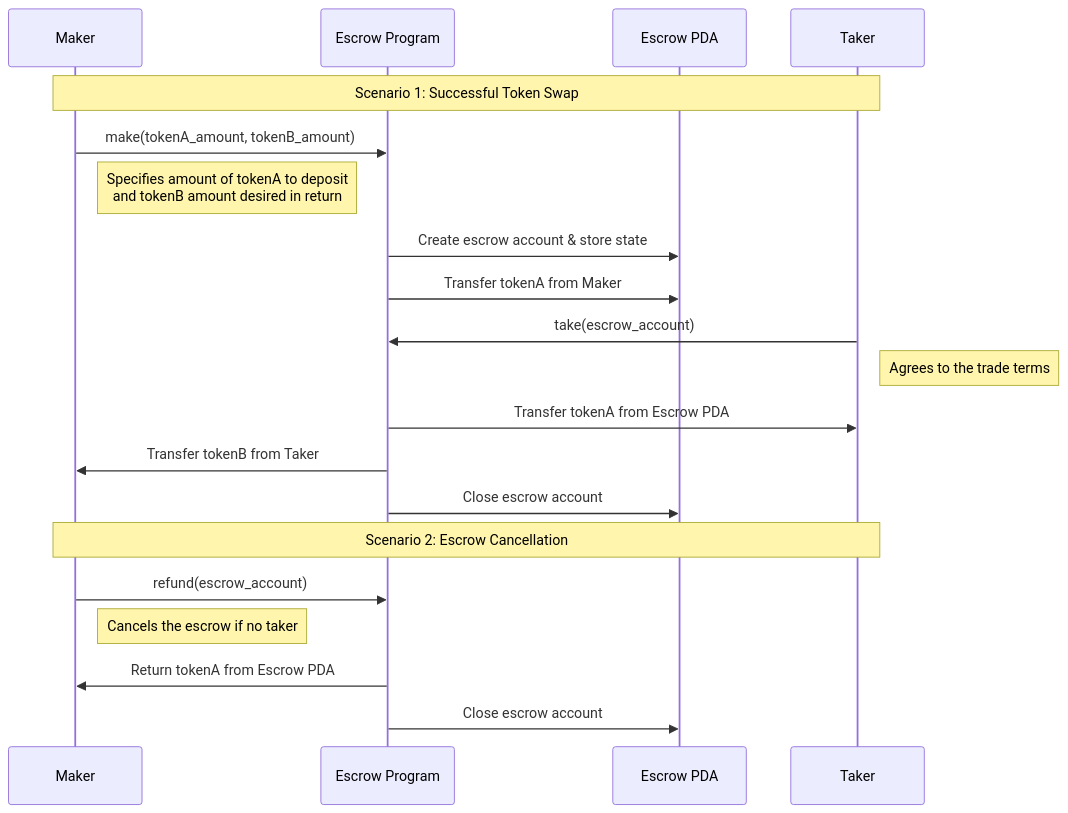
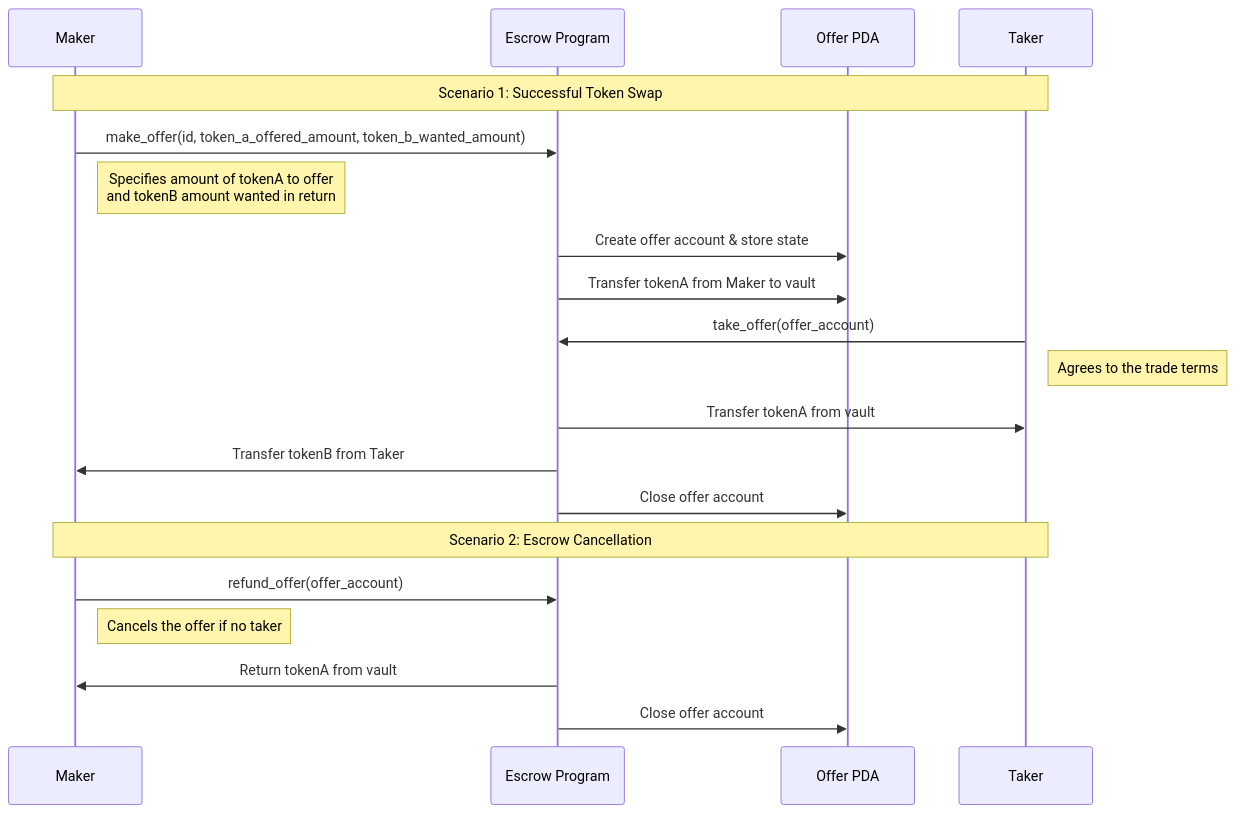
Before and after one commit to wirapratamaz/Turbin3-Escrow: the diagram in README.md, drawn with Mermaid. The commit also changed other lines of this file, not shown here.

````diff
--- a/README.md
+++ b/README.md
@@ -9,25 +23,25 @@
 ```mermaid
 sequenceDiagram
     participant Maker
     participant Escrow Program
-    participant Escrow PDA
+    participant Offer PDA
     participant Taker
     
     Note over Maker,Taker: Scenario 1: Successful Token Swap
-    Maker->>Escrow Program: make(tokenA_amount, tokenB_amount)
-    Note right of Maker: Specifies amount of tokenA to deposit<br/>and tokenB amount desired in return
-    Escrow Program->>Escrow PDA: Create escrow account & store state
-    Escrow Program->>Escrow PDA: Transfer tokenA from Maker
+    Maker->>Escrow Program: make_offer(id, token_a_offered_amount, token_b_wanted_amount)
+    Note right of Maker: Specifies amount of tokenA to offer<br/>and tokenB amount wanted in return
+    Escrow Program->>Offer PDA: Create offer account & store state
+    Escrow Program->>Offer PDA: Transfer tokenA from Maker to vault
     
-    Taker->>Escrow Program: take(escrow_account)
+    Taker->>Escrow Program: take_offer(offer_account)
     Note right of Taker: Agrees to the trade terms
-    Escrow Program->>Taker: Transfer tokenA from Escrow PDA
+    Escrow Program->>Taker: Transfer tokenA from vault
     Escrow Program->>Maker: Transfer tokenB from Taker
-    Escrow Program->>Escrow PDA: Close escrow account
+    Escrow Program->>Offer PDA: Close offer account
     
     Note over Maker,Taker: Scenario 2: Escrow Cancellation
-    Maker->>Escrow Program: refund(escrow_account)
-    Note right of Maker: Cancels the escrow if no taker
-    Escrow Program->>Maker: Return tokenA from Escrow PDA
-    Escrow Program->>Escrow PDA: Close escrow account
+    Maker->>Escrow Program: refund_offer(offer_account)
+    Note right of Maker: Cancels the offer if no taker
+    Escrow Program->>Maker: Return tokenA from vault
+    Escrow Program->>Offer PDA: Close offer account
 ```
````
